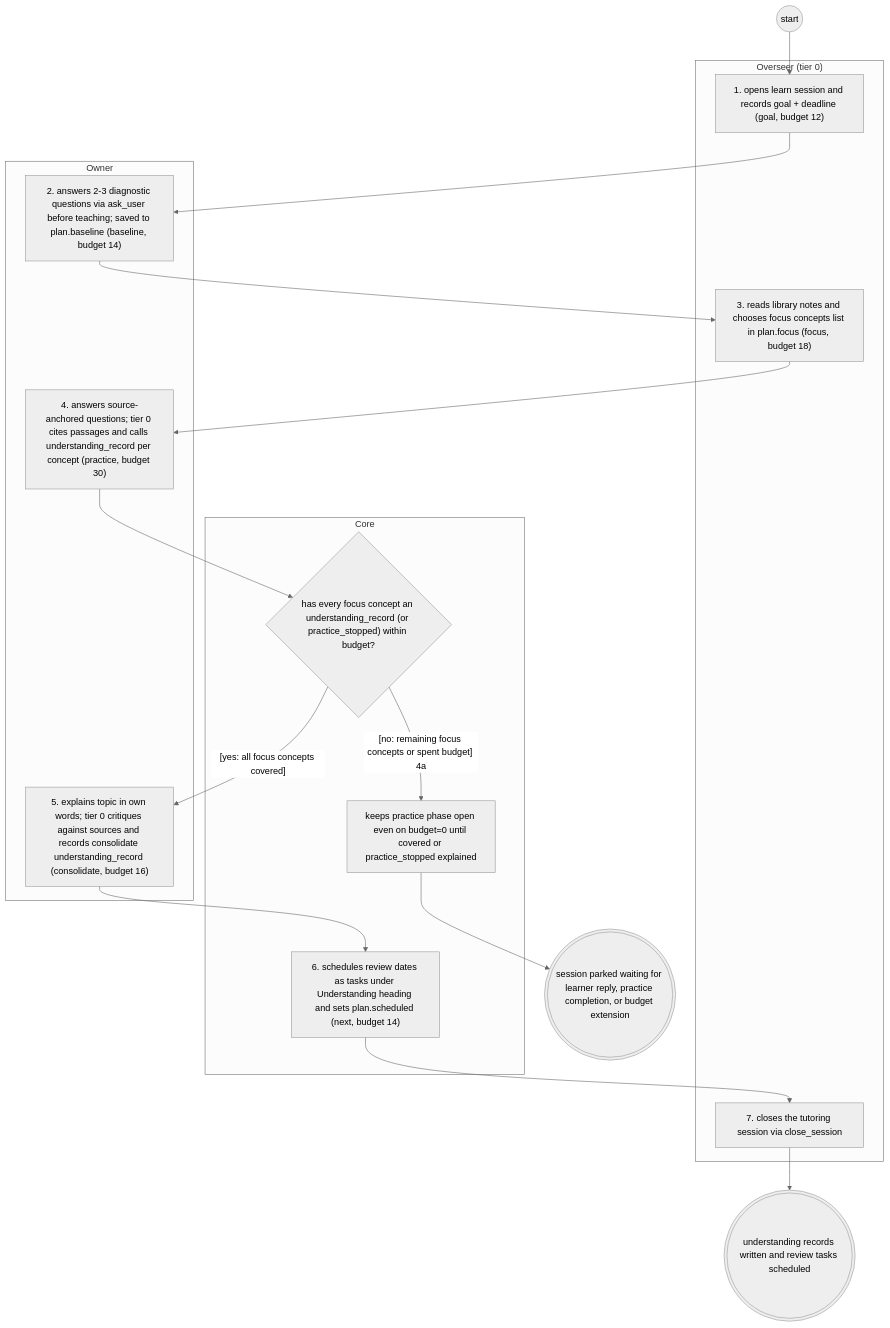
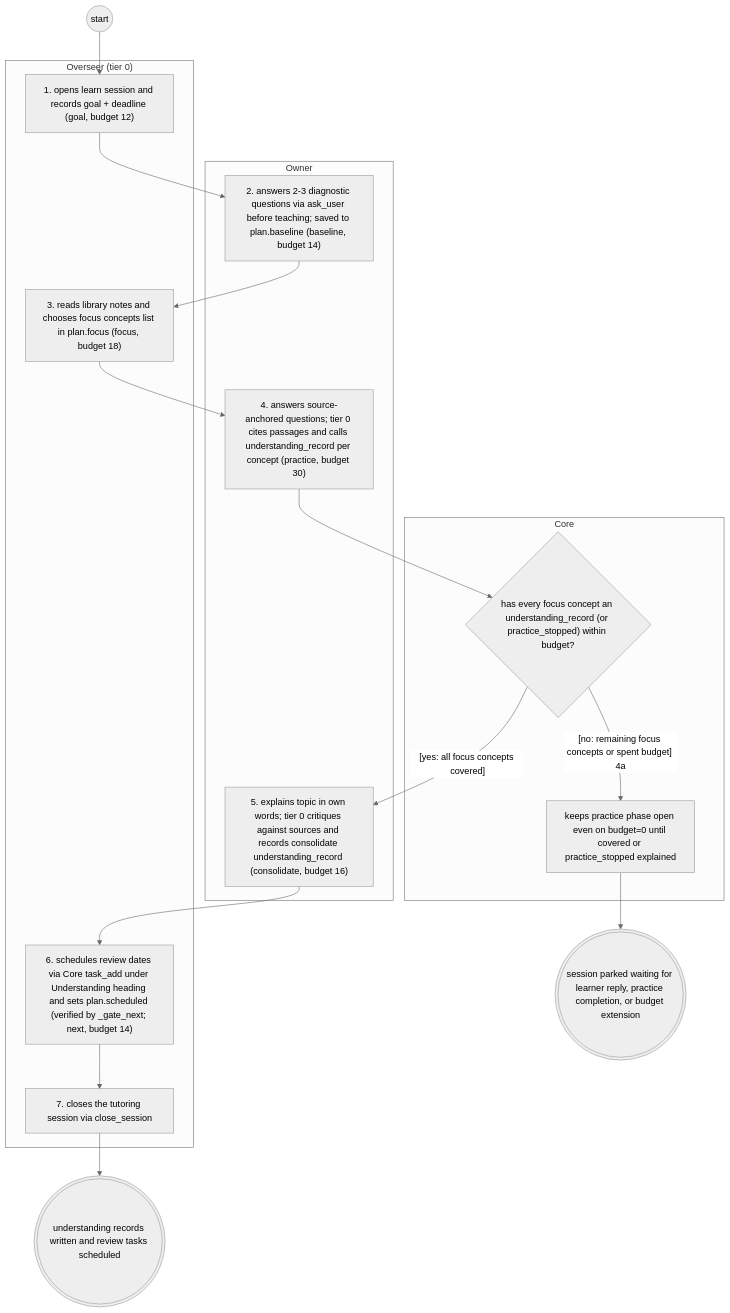
Before and after one commit to Jake36999/Librarian_V2: the diagram in reports/2026-11-25-systems-analysis-finalisation/librarian/as-is/views/study-topic.views.md, drawn with Mermaid (neutral theme). The commit also changed other lines of this file and 35 other files, not shown here.

````diff
--- a/reports/2026-11-25-systems-analysis-finalisation/librarian/as-is/views/study-topic.views.md
+++ b/reports/2026-11-25-systems-analysis-finalisation/librarian/as-is/views/study-topic.views.md
@@ -39,33 +39,33 @@
 ```mermaid
 flowchart TD
   subgraph Owner["Owner"]
     baseline["2. answers 2-3 diagnostic questions via ask_user before teaching; saved to plan.baseline (baseline, budget 14)"]
     practice["4. answers source-anchored questions; tier 0 cites passages and calls understanding_record per concept (practice, budget 30)"]
     consolidate["5. explains topic in own words; tier 0 critiques against sources and records consolidate understanding_record (consolidate, budget 16)"]
   end
   subgraph Overseer_tier_0_["Overseer (tier 0)"]
     goal["1. opens learn session and records goal + deadline (goal, budget 12)"]
     focus["3. reads library notes and chooses focus concepts list in plan.focus (focus, budget 18)"]
+    nextphase["6. schedules review dates via Core task_add under Understanding heading and sets plan.scheduled (verified by _gate_next; next, budget 14)"]
     close["7. closes the tutoring session via close_session"]
   end
   subgraph Core["Core"]
     dpracticed{"has every focus concept an understanding_record (or practice_stopped) within budget?"}
     stopprac["keeps practice phase open even on budget=0 until covered or practice_stopped explained"]
-    nextphase["6. schedules review dates as tasks under Understanding heading and sets plan.scheduled (next, budget 14)"]
   end
   s(("start"))
   e1((("understanding records written and review tasks scheduled")))
   e_paused((("session parked waiting for learner reply, practice completion, or budget extension")))
   s --> goal
   goal --> baseline
   baseline --> focus
   focus --> practice
   practice --> dpracticed
   dpracticed -->|"[yes: all focus concepts covered]"| consolidate
   dpracticed -->|"[no: remaining focus concepts or spent budget] 4a"| stopprac
   stopprac --> e_paused
   consolidate --> nextphase
   nextphase --> close
   close --> e1
   classDef ext stroke:#d9534f,stroke-width:2px
 ```
````
